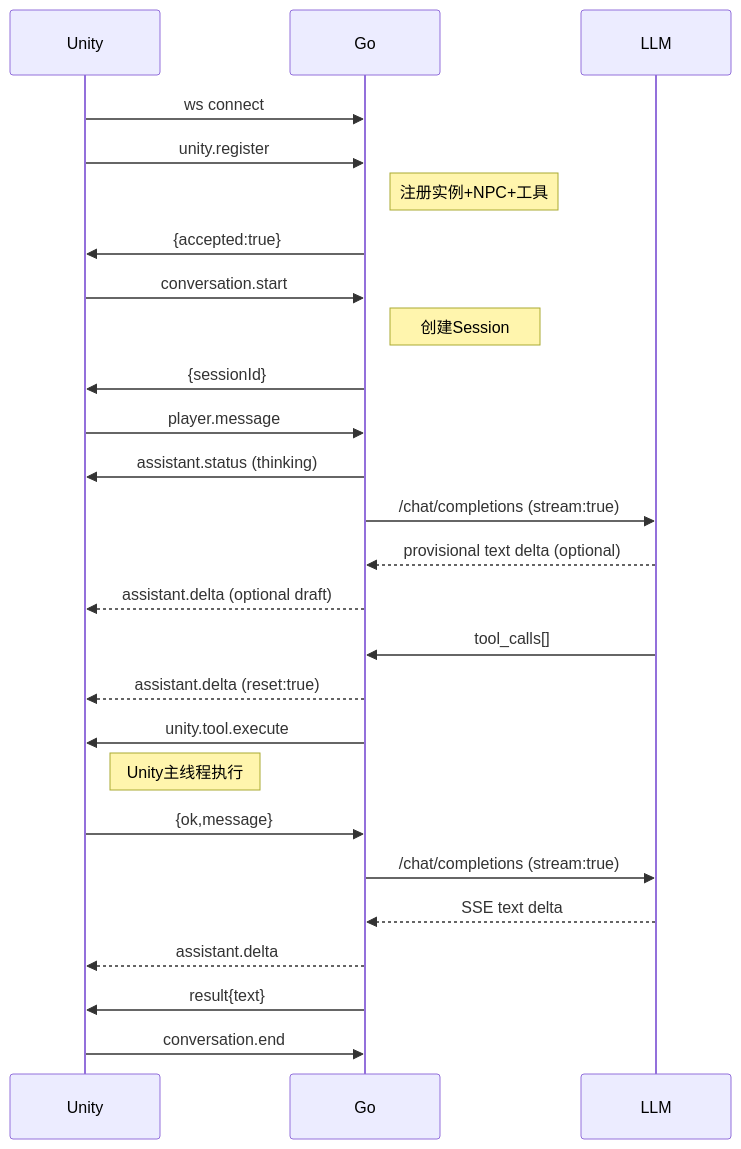
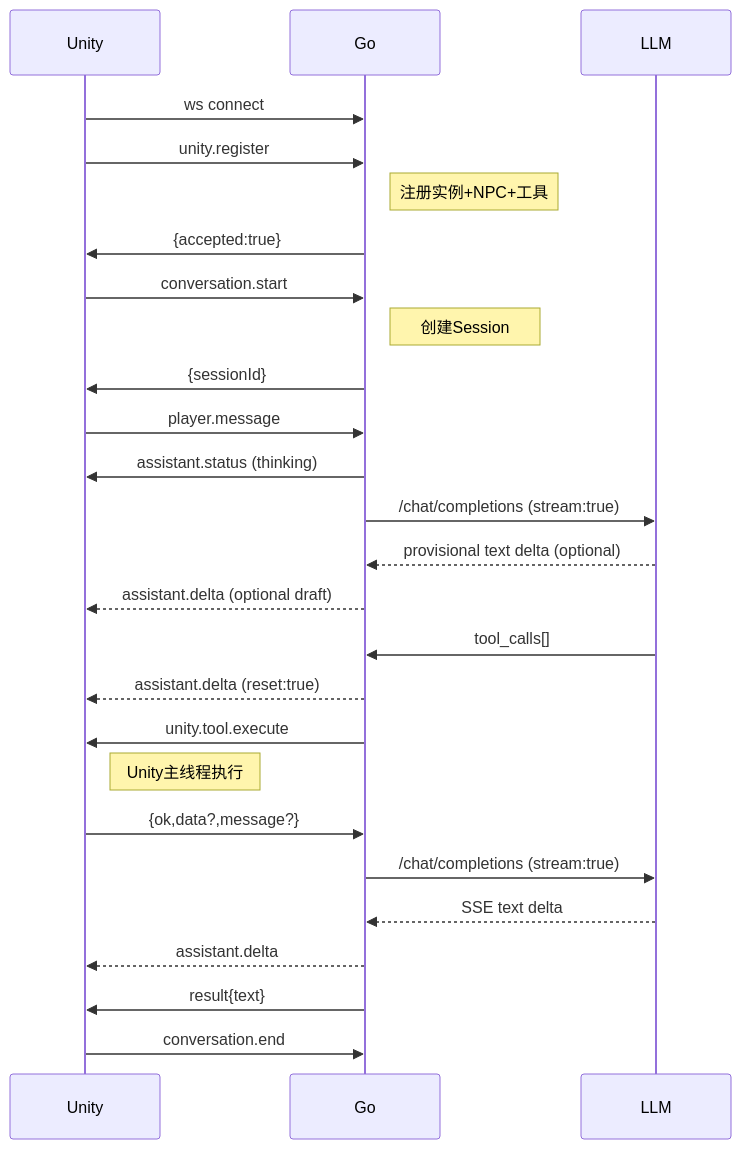
Before and after one commit to ytzuo/GameWithLLM: the diagram in ARCHITECTURE.md, drawn with Mermaid. The commit also changed other lines of this file and 19 other files, not shown here.

````diff
--- a/ARCHITECTURE.md
+++ b/ARCHITECTURE.md
@@ -258,29 +258,29 @@
 ```mermaid
 sequenceDiagram
     participant Unity
     participant Go
     participant LLM
 
     Unity->>Go: ws connect
     Unity->>Go: unity.register
     Note right of Go: 注册实例+NPC+工具
     Go->>Unity: {accepted:true}
     Unity->>Go: conversation.start
     Note right of Go: 创建Session
     Go->>Unity: {sessionId}
     Unity->>Go: player.message
     Go->>Unity: assistant.status (thinking)
     Go->>LLM: /chat/completions (stream:true)
     LLM-->>Go: provisional text delta (optional)
     Go-->>Unity: assistant.delta (optional draft)
     LLM->>Go: tool_calls[]
     Go-->>Unity: assistant.delta (reset:true)
     Go->>Unity: unity.tool.execute
     Note right of Unity: Unity主线程执行
-    Unity->>Go: {ok,message}
+    Unity->>Go: {ok,data?,message?}
     Go->>LLM: /chat/completions (stream:true)
     LLM-->>Go: SSE text delta
     Go-->>Unity: assistant.delta
     Go->>Unity: result{text}
     Unity->>Go: conversation.end
 ```
````
